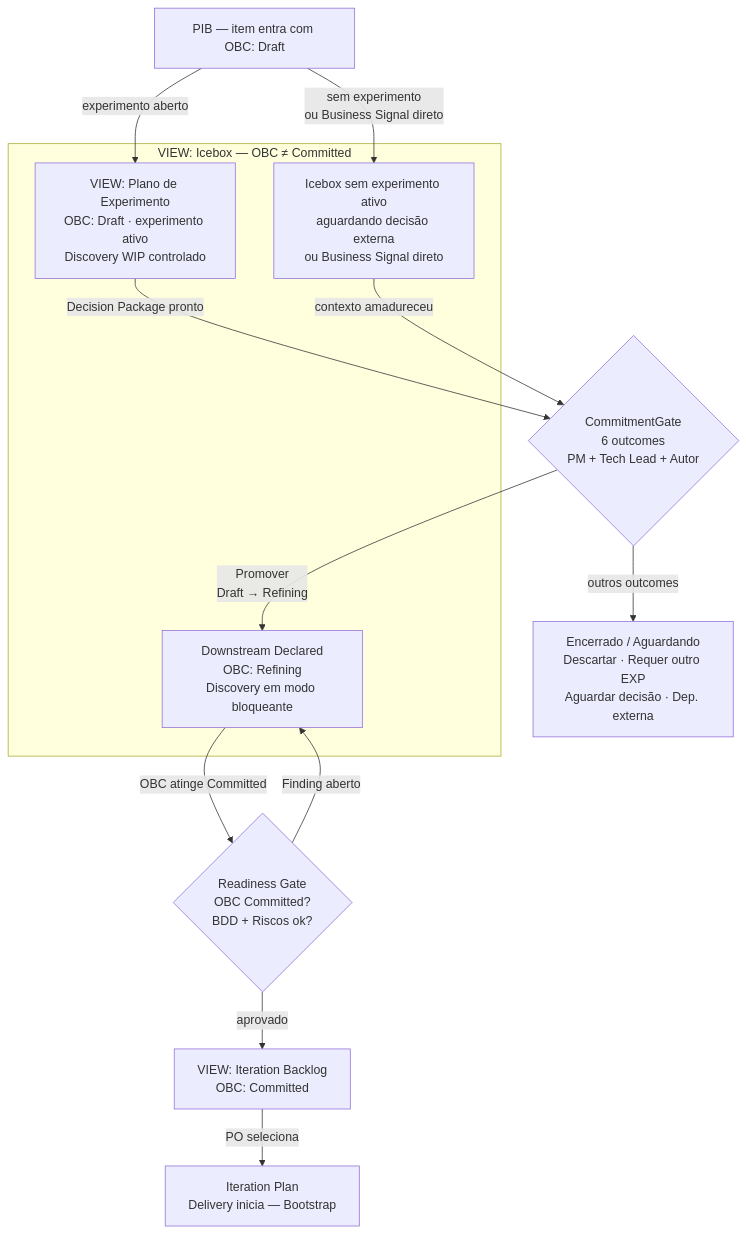
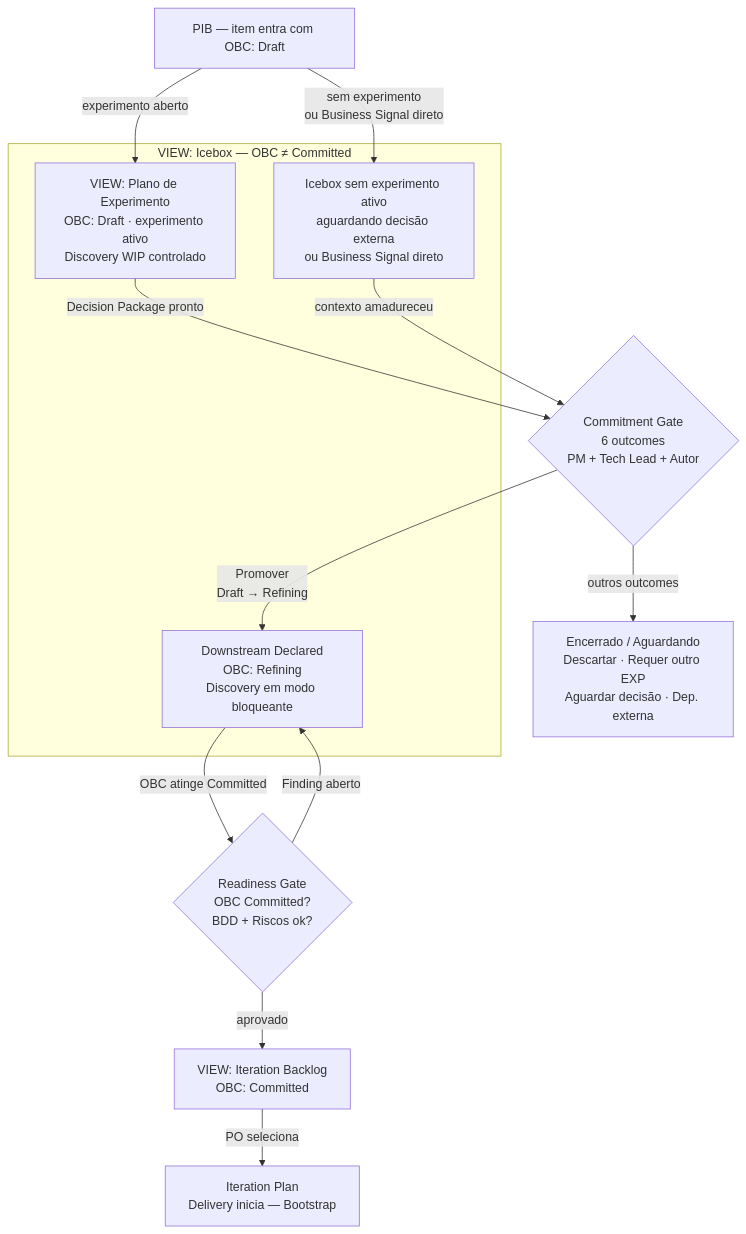
One commit to produtoreativo/from-intent-to-outcome changed the third of 3 diagrams in capitulo-05.md. Above: the diagram before and after it, drawn with Mermaid. The commit also changed other lines of this file and 26 other files, not shown here.

````diff
--- a/capitulo-05.md
+++ b/capitulo-05.md
@@ -148,31 +148,31 @@
 ```mermaid
 flowchart TD
     PIB["PIB — item entra com OBC: Draft"]
 
     subgraph ICE["VIEW: Icebox  —  OBC ≠ Committed"]
         PE["VIEW: Plano de Experimento\nOBC: Draft · experimento ativo\nDiscovery WIP controlado"]
         WAIT["Icebox sem experimento ativo\naguardando decisão externa\nou Business Signal direto"]
         DS["Downstream Declared\nOBC: Refining\nDiscovery em modo bloqueante"]
     end
 
-    CG{"CommitmentGate\n6 outcomes\nPM + Tech Lead + Autor"}
+    CG{"Commitment Gate\n6 outcomes\nPM + Tech Lead + Autor"}
     RG{"Readiness Gate\nOBC Committed?\nBDD + Riscos ok?"}
     ITB["VIEW: Iteration Backlog\nOBC: Committed"]
     IP["Iteration Plan\nDelivery inicia — Bootstrap"]
     OUT["Encerrado / Aguardando\nDescartar · Requer outro EXP\nAguardar decisão · Dep. externa"]
 
     PIB -->|"experimento aberto"| PE
     PIB -->|"sem experimento\nou Business Signal direto"| WAIT
 
     PE -->|"Decision Package pronto"| CG
     WAIT -->|"contexto amadureceu"| CG
 
     CG -->|"Promover\nDraft → Refining"| DS
     CG -->|"outros outcomes"| OUT
 
     DS -->|"OBC atinge Committed"| RG
     RG -->|"aprovado"| ITB
     RG -->|"Finding aberto"| DS
 
     ITB -->|"PO seleciona"| IP
 ```
````
